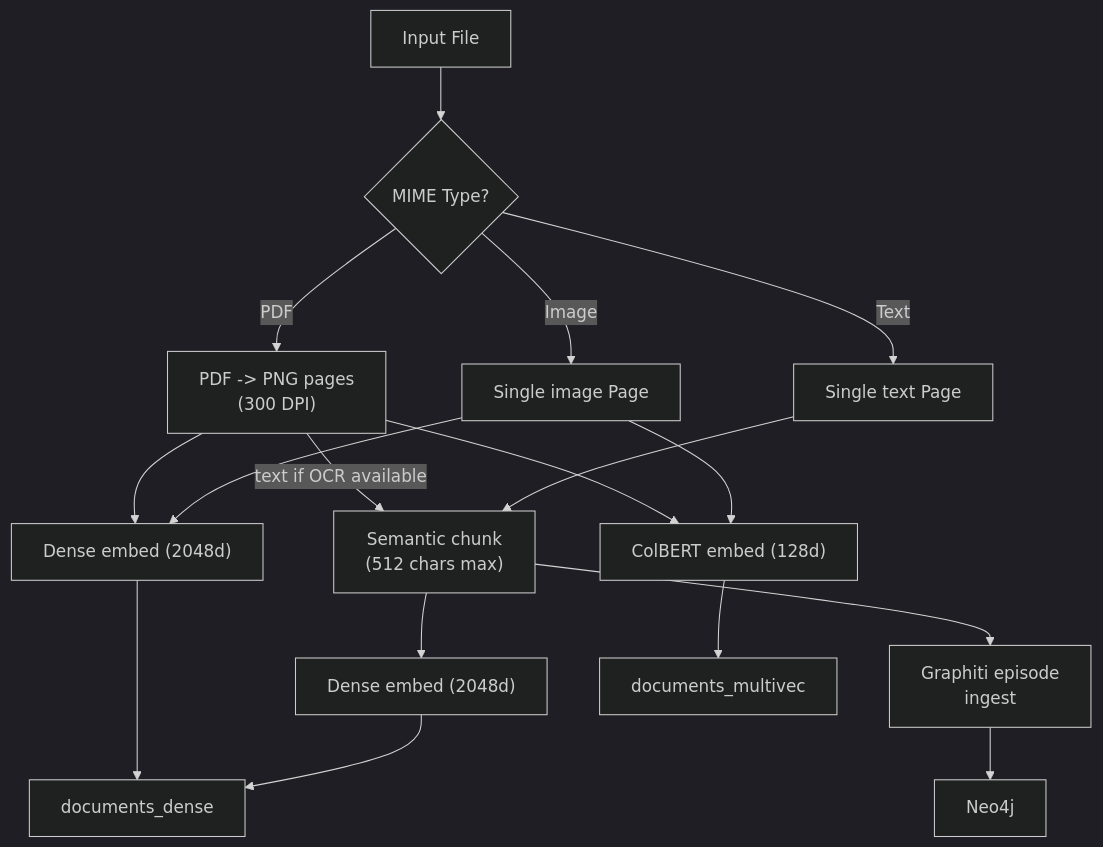
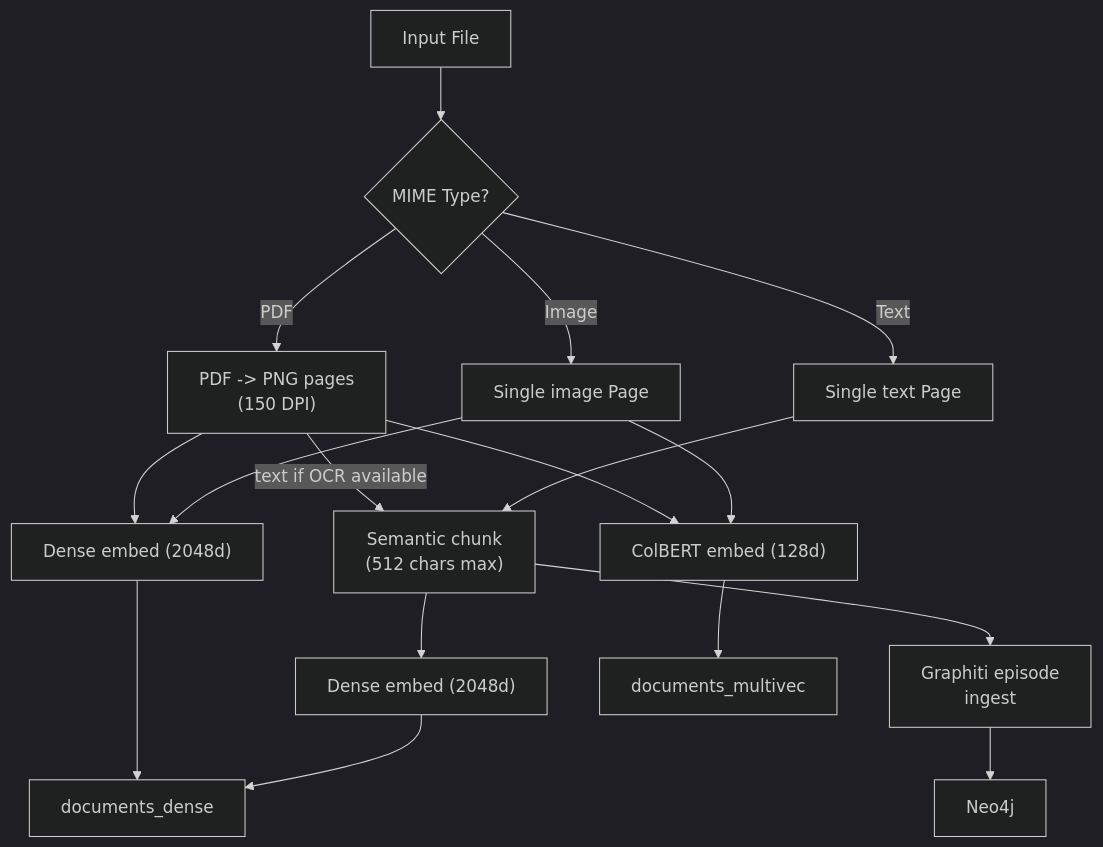
One commit to dollro/spektr changed the second of 2 diagrams in docs/ingestion/overview.md. Above: the diagram before and after it, drawn with Mermaid (dark theme). The commit also changed other lines of this file and 2 other files, not shown here.

Commit message:
docs: fix DPI (150 not 300), note ColBERT disabled by default

````diff
--- a/docs/ingestion/overview.md
+++ b/docs/ingestion/overview.md
@@ -44,22 +44,22 @@
 ```mermaid
 flowchart TD
     File["Input File"] --> Detect{MIME Type?}
-    Detect -->|PDF| PDF["PDF -> PNG pages\n(300 DPI)"]
+    Detect -->|PDF| PDF["PDF -> PNG pages\n(150 DPI)"]
     Detect -->|Image| IMG["Single image Page"]
     Detect -->|Text| TXT["Single text Page"]
 
     PDF -->|text if OCR available| SemanticChunk
     PDF --> DenseImg["Dense embed (2048d)"]
     PDF --> ColBERT["ColBERT embed (128d)"]
     IMG --> DenseImg
     IMG --> ColBERT
 
     TXT --> SemanticChunk["Semantic chunk\n(512 chars max)"]
     SemanticChunk --> DenseTxt["Dense embed (2048d)"]
     SemanticChunk --> Graphiti["Graphiti episode\ningest"]
 
     DenseImg --> QdrantDense["documents_dense"]
     ColBERT --> QdrantMV["documents_multivec"]
     DenseTxt --> QdrantDense
     Graphiti --> Neo4jDB["Neo4j"]
 ```
````
